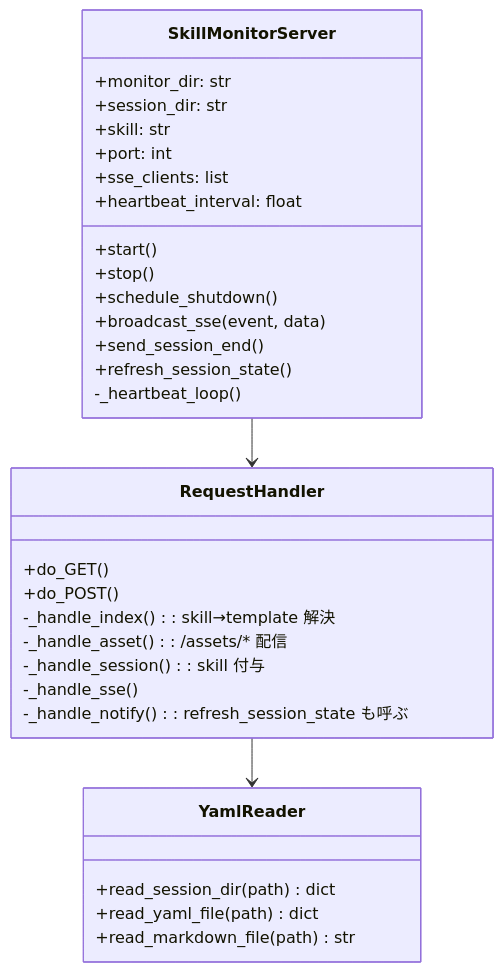
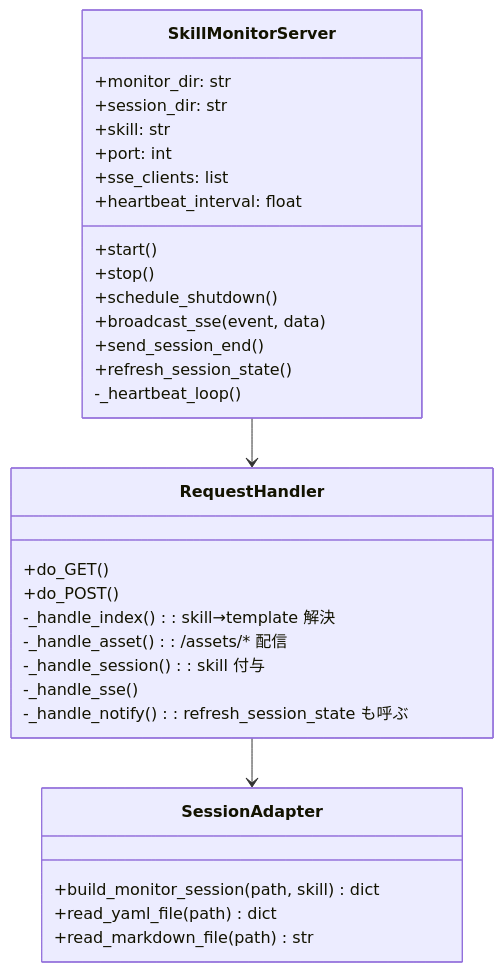
One commit to BlueEventHorizon/bw-cc-plugins changed the second of 7 diagrams in docs/specs/forge/design/DES-012_show_browser_design.md. Above: the diagram before and after it, drawn with Mermaid. The commit also changed other lines of this file and 23 other files, not shown here.

````diff
--- a/docs/specs/forge/design/DES-012_show_browser_design.md
+++ b/docs/specs/forge/design/DES-012_show_browser_design.md
@@ -132,37 +134,37 @@
 ```mermaid
 classDiagram
     class SkillMonitorServer {
         +monitor_dir: str
         +session_dir: str
         +skill: str
         +port: int
         +sse_clients: list
         +heartbeat_interval: float
         +start()
         +stop()
         +schedule_shutdown()
         +broadcast_sse(event, data)
         +send_session_end()
         +refresh_session_state()
         -_heartbeat_loop()
     }
 
     class RequestHandler {
         +do_GET()
         +do_POST()
         -_handle_index()    : skill→template 解決
         -_handle_asset()    : /assets/* 配信
         -_handle_session()  : skill 付与
         -_handle_sse()
         -_handle_notify()   : refresh_session_state も呼ぶ
     }
 
-    class YamlReader {
-        +read_session_dir(path) dict
+    class SessionAdapter {
+        +build_monitor_session(path, skill) dict
         +read_yaml_file(path) dict
         +read_markdown_file(path) str
     }
 
     SkillMonitorServer --> RequestHandler
-    RequestHandler --> YamlReader
+    RequestHandler --> SessionAdapter
 ```
````
